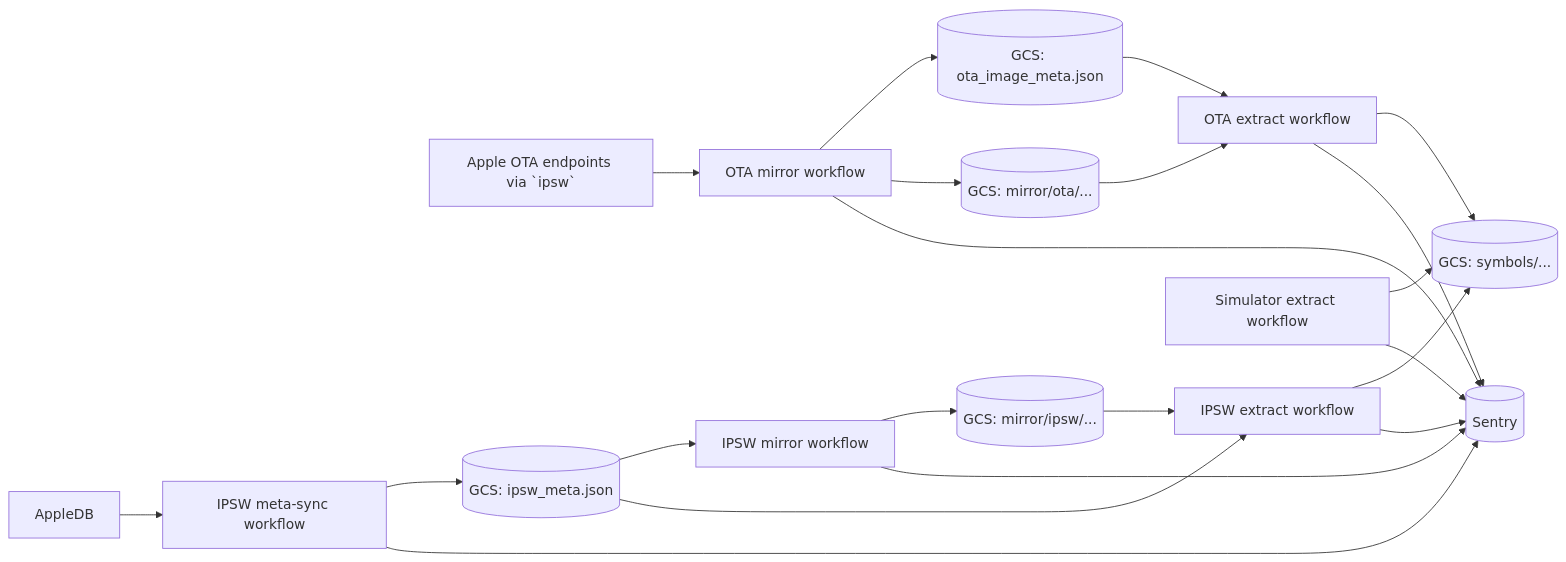
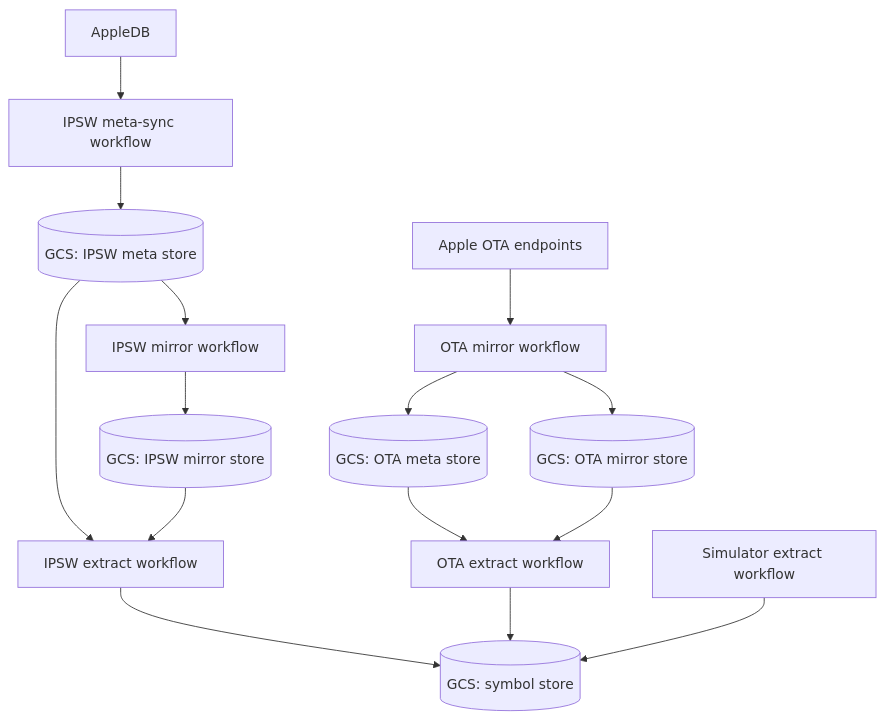
One commit to getsentry/symx changed the diagram in README.md. Above: the diagram before and after it, drawn with Mermaid.

Commit message:
docs: make the readme architecture less technical (#69)

````diff
--- a/README.md
+++ b/README.md
@@ -44,28 +44,21 @@
 ```mermaid
-flowchart LR
+flowchart TD
     AppleDB[AppleDB] --> IPSWMeta[IPSW meta-sync workflow]
-    AppleOTA[Apple OTA endpoints via `ipsw`] --> OTAMirror[OTA mirror workflow]
+    AppleOTA[Apple OTA endpoints] --> OTAMirror[OTA mirror workflow]
 
-    IPSWMeta --> IPSWMetaJson[(GCS: ipsw_meta.json)]
-    OTAMirror --> OTAMetaJson[(GCS: ota_image_meta.json)]
+    IPSWMeta --> IPSWMetaJson[(GCS: IPSW meta store)]
+    OTAMirror --> OTAMetaJson[(GCS: OTA meta store)]
 
     IPSWMetaJson --> IPSWMirror[IPSW mirror workflow]
-    IPSWMirror --> IPSWMirrorStore[(GCS: mirror/ipsw/...)]
+    IPSWMirror --> IPSWMirrorStore[(GCS: IPSW mirror store)]
     IPSWMetaJson --> IPSWExtract[IPSW extract workflow]
     IPSWMirrorStore --> IPSWExtract
 
     OTAMetaJson --> OTAExtract[OTA extract workflow]
-    OTAMirror --> OTAMirrorStore[(GCS: mirror/ota/...)]
+    OTAMirror --> OTAMirrorStore[(GCS: OTA mirror store)]
     OTAMirrorStore --> OTAExtract
 
-    IPSWExtract --> Symbols[(GCS: symbols/...)]
+    IPSWExtract --> Symbols[(GCS: symbol store)]
     OTAExtract --> Symbols
     Sim[Simulator extract workflow] --> Symbols
-
-    IPSWMeta --> Sentry[(Sentry)]
-    IPSWMirror --> Sentry
-    IPSWExtract --> Sentry
-    OTAMirror --> Sentry
-    OTAExtract --> Sentry
-    Sim --> Sentry
 ```
````
